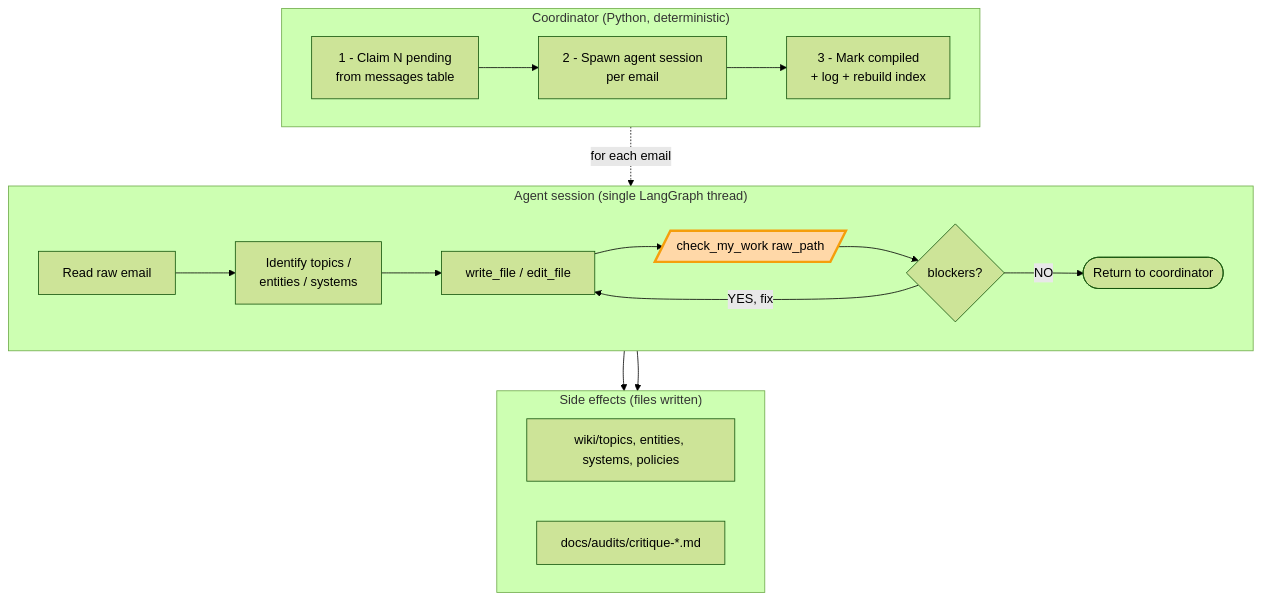
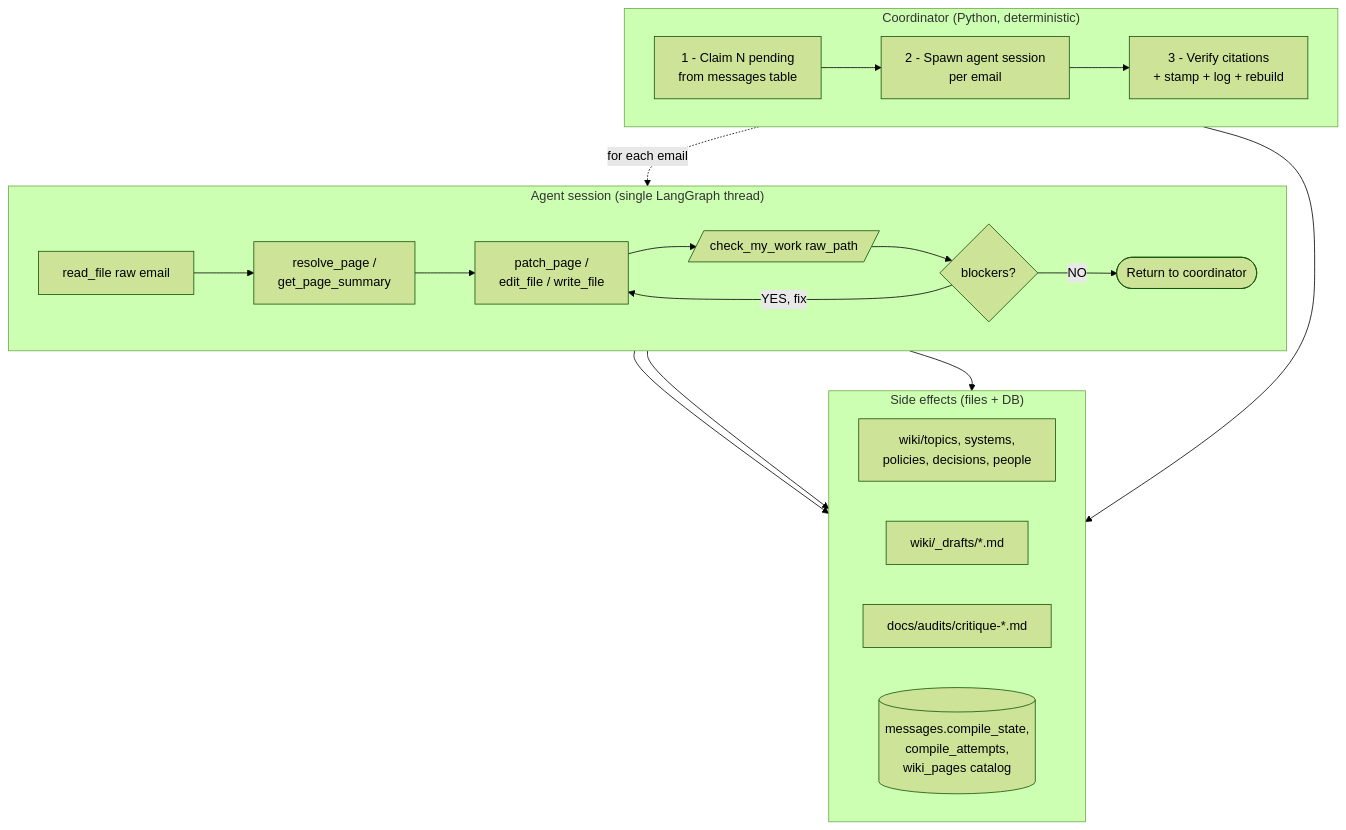
The first of 2 diagrams in docs/architecture.md (jyotiduhan2004/IM-Hackathon), drawn with Mermaid (forest theme) before and after one commit. The commit also changed other lines of this file, not shown here.

````diff
--- a/docs/architecture.md
+++ b/docs/architecture.md
@@ -18,36 +26,38 @@
 ```mermaid
 flowchart TB
     subgraph Coordinator["Coordinator (Python, deterministic)"]
         direction LR
         C1[1 - Claim N pending<br/>from messages table]
         C2[2 - Spawn agent session<br/>per email]
-        C3[3 - Mark compiled<br/>+ log + rebuild index]
+        C3[3 - Verify citations<br/>+ stamp + log + rebuild]
         C1 --> C2 --> C3
     end
 
     subgraph Agent["Agent session (single LangGraph thread)"]
         direction LR
-        A1[Read raw email]
-        A2[Identify topics /<br/>entities / systems]
-        A3[write_file / edit_file]
-        A4[/check_my_work raw_path/]:::new
+        A1[read_file raw email]
+        A2[resolve_page /<br/>get_page_summary]
+        A3[patch_page /<br/>edit_file / write_file]
+        A4[/check_my_work raw_path/]
         D{blockers?}
         AD([Return to coordinator])
         A1 --> A2 --> A3 --> A4 --> D
         D -->|YES, fix| A3
         D -->|NO| AD
     end
 
     Coordinator -. for each email .-> Agent
 
-    subgraph Outputs["Side effects (files written)"]
+    subgraph Outputs["Side effects (files + DB)"]
         direction LR
-        O1[wiki/topics, entities, systems, policies]
-        O2[docs/audits/critique-*.md]
+        O1[wiki/topics, systems,<br/>policies, decisions, people]
+        O2[wiki/_drafts/*.md]
+        O3[docs/audits/critique-*.md]
+        O4[(messages.compile_state,<br/>compile_attempts,<br/>wiki_pages catalog)]
     end
 
     Agent --> O1
     Agent --> O2
-
-    classDef new fill:#ffd8a8,stroke:#f59e0b,stroke-width:3px
+    Agent --> O3
+    Coordinator --> O4
 ```
````
